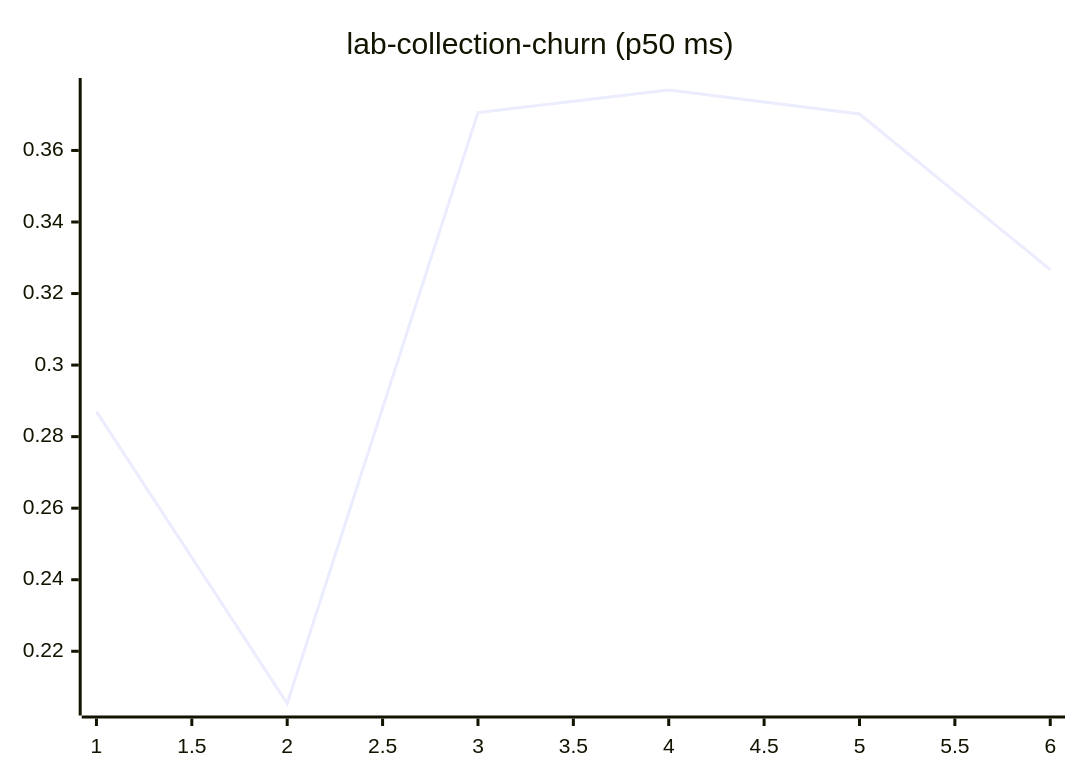
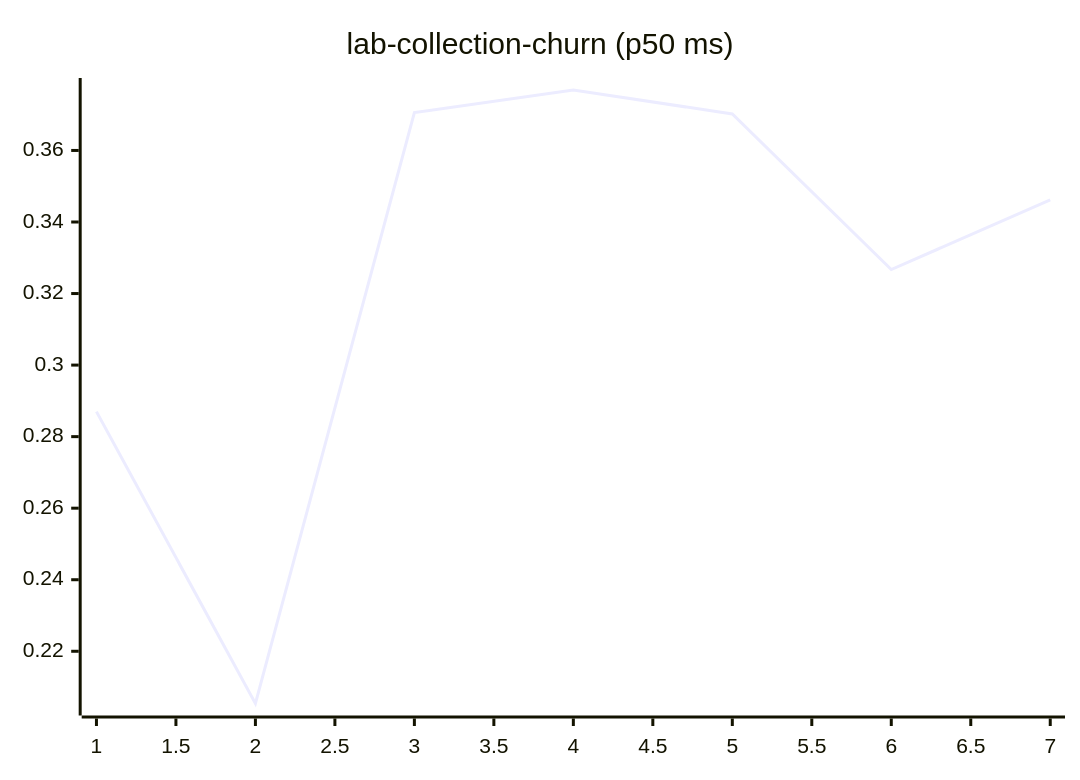
One commit to josha/Facet changed diagram 11 of 27 in README.md. Above: the diagram before and after it, drawn with Mermaid. The commit also changed other lines of this file and 2 other files, not shown here.

````diff
--- a/README.md
+++ b/README.md
@@ -133,6 +133,6 @@
 ```mermaid
 xychart-beta
     title "lab-collection-churn (p50 ms)"
-    x-axis 1 --> 6
-    line [0.2870, 0.2054, 0.3706, 0.3769, 0.3702, 0.3267]
+    x-axis 1 --> 7
+    line [0.2870, 0.2054, 0.3706, 0.3769, 0.3702, 0.3267, 0.3462]
 ```
````
